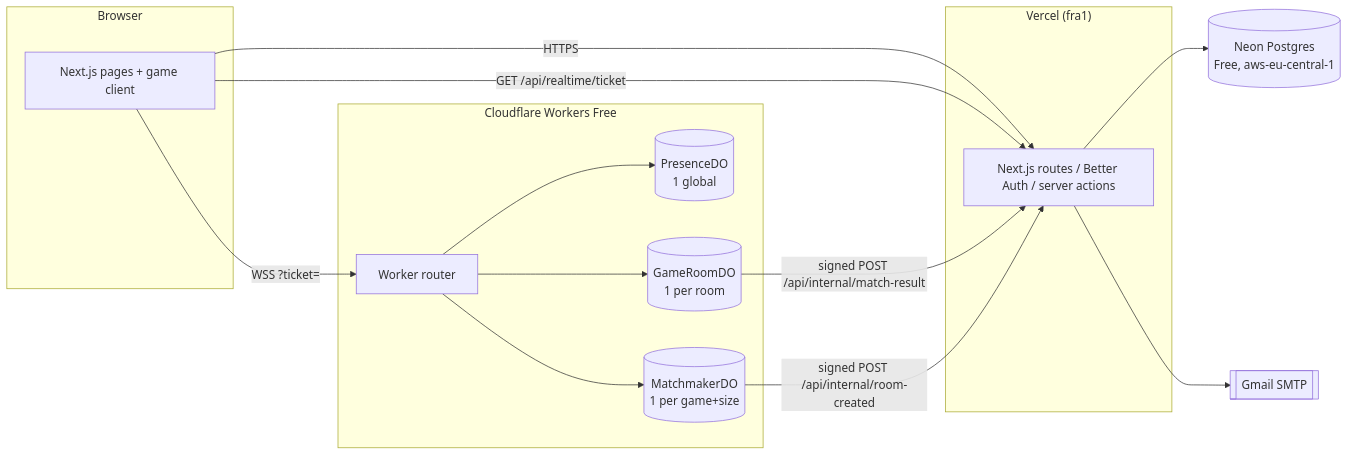
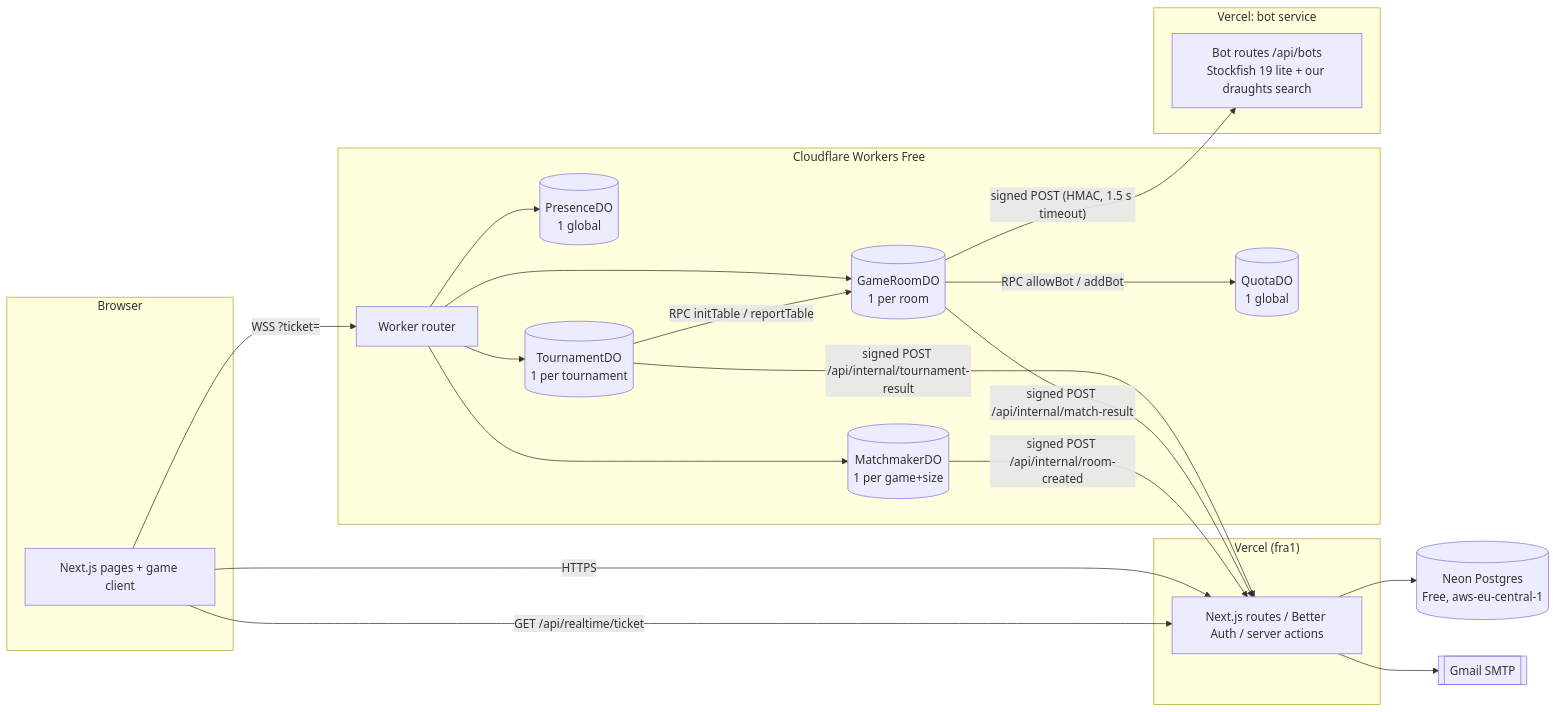
The diagram in docs/01-architecture.md (BestOlumese/gamehub-app), drawn with Mermaid before and after one commit. The commit also changed other lines of this file and 30 other files, not shown here.

````diff
--- a/docs/01-architecture.md
+++ b/docs/01-architecture.md
@@ -12,26 +12,35 @@
 ```mermaid
 flowchart LR
   subgraph Browser
     UI[Next.js pages + game client]
   end
   subgraph Vercel["Vercel (fra1)"]
     WEB[Next.js routes / Better Auth / server actions]
   end
   subgraph CF["Cloudflare Workers Free"]
     W[Worker router]
     PRES[(PresenceDO\n1 global)]
     MM[(MatchmakerDO\n1 per game+size)]
     ROOM[(GameRoomDO\n1 per room)]
+    TOUR[(TournamentDO\n1 per tournament)]
+    QUOTA[(QuotaDO\n1 global)]
+  end
+  subgraph BOT["Vercel: bot service"]
+    SF["Bot routes /api/bots\nStockfish 19 lite + our draughts search"]
   end
   NEON[(Neon Postgres\nFree, aws-eu-central-1)]
   GMAIL[[Gmail SMTP]]
 
   UI -- HTTPS --> WEB
   UI -- "GET /api/realtime/ticket" --> WEB
   UI -- "WSS ?ticket=" --> W
-  W --> PRES & MM & ROOM
+  W --> PRES & MM & ROOM & TOUR
+  TOUR -- "RPC initTable / reportTable" --> ROOM
+  ROOM -- "signed POST (HMAC, 1.5 s timeout)" --> SF
+  ROOM -- "RPC allowBot / addBot" --> QUOTA
+  TOUR -- "signed POST /api/internal/tournament-result" --> WEB
   ROOM -- "signed POST /api/internal/match-result" --> WEB
   MM -- "signed POST /api/internal/room-created" --> WEB
   WEB --> NEON
   WEB --> GMAIL
 ```
````
